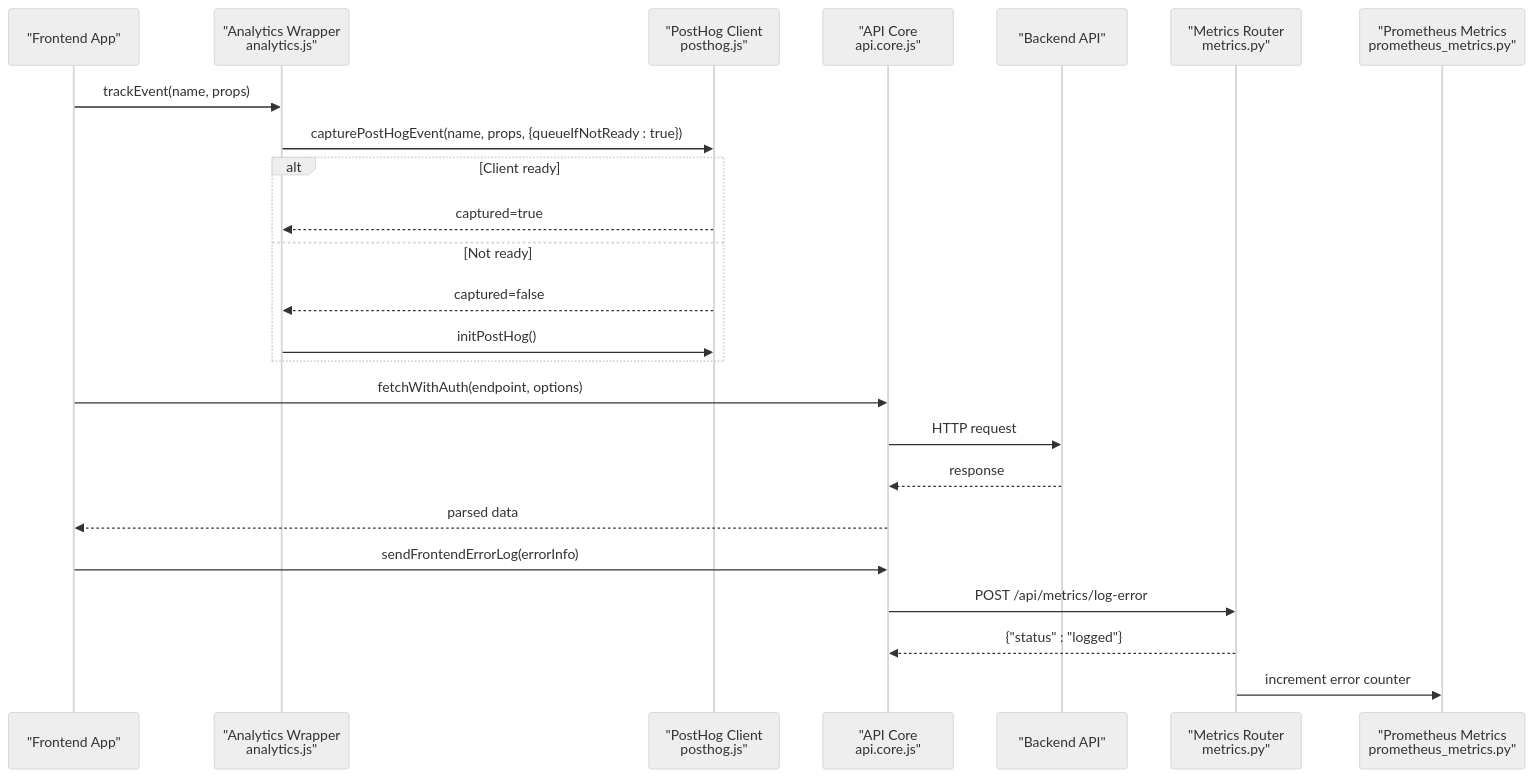
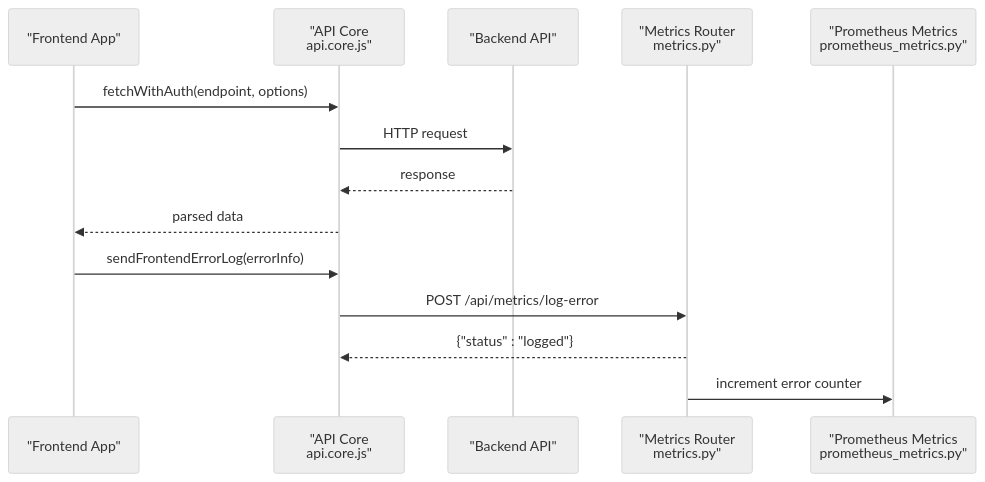
One commit to rohitkumarnaidu/ScholarFormAI changed the second of 5 diagrams in .docs/content/Frontend Development/API Integration/Analytics & Performance Monitoring/Analytics & Performance Monitoring.md. Above: the diagram before and after it, drawn with Mermaid (neutral theme). The commit also changed other lines of this file and 9 other files, not shown here.

````diff
--- a/.docs/content/Frontend Development/API Integration/Analytics & Performance Monitoring/Analytics & Performance Monitoring.md
+++ b/.docs/content/Frontend Development/API Integration/Analytics & Performance Monitoring/Analytics & Performance Monitoring.md
@@ -140,26 +124,16 @@
 ```mermaid
 sequenceDiagram
 participant FE as "Frontend App"
-participant AW as "Analytics Wrapper<br/>analytics.js"
-participant PH as "PostHog Client<br/>posthog.js"
 participant API as "API Core<br/>api.core.js"
 participant BE as "Backend API"
 participant MET as "Metrics Router<br/>metrics.py"
 participant PROM as "Prometheus Metrics<br/>prometheus_metrics.py"
-FE->>AW : trackEvent(name, props)
-AW->>PH : capturePostHogEvent(name, props, {queueIfNotReady : true})
-alt Client ready
-PH-->>AW : captured=true
-else Not ready
-PH-->>AW : captured=false
-AW->>PH : initPostHog()
-end
 FE->>API : fetchWithAuth(endpoint, options)
 API->>BE : HTTP request
 BE-->>API : response
 API-->>FE : parsed data
 FE->>API : sendFrontendErrorLog(errorInfo)
 API->>MET : POST /api/metrics/log-error
 MET-->>API : {"status" : "logged"}
 MET->>PROM : increment error counter
 ```
````
